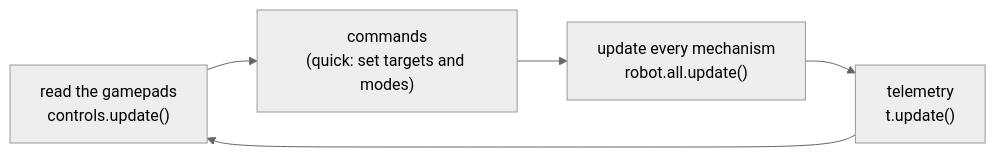
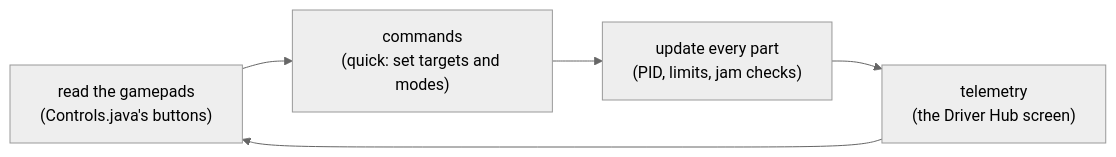
The second of 2 diagrams in docs/guides/architecture.md (crossbotics/ftc-helper-lib), drawn with Mermaid (neutral theme) before and after one commit. The commit also changed other lines of this file and 377 other files, not shown here.

````diff
--- a/docs/guides/architecture.md
+++ b/docs/guides/architecture.md
@@ -48,7 +51,7 @@
 ```mermaid
 flowchart LR
-    R["read the gamepads<br/>controls.update()"] --> C["commands<br/>(quick: set targets and modes)"]
-    C --> U["update every mechanism<br/>robot.all.update()"]
-    U --> T["telemetry<br/>t.update()"]
+    R["read the gamepads<br/>(Controls.java's buttons)"] --> C["commands<br/>(quick: set targets and modes)"]
+    C --> U["update every part<br/>(PID, limits, jam checks)"]
+    U --> T["telemetry<br/>(the Driver Hub screen)"]
     T --> R
 ```
````
